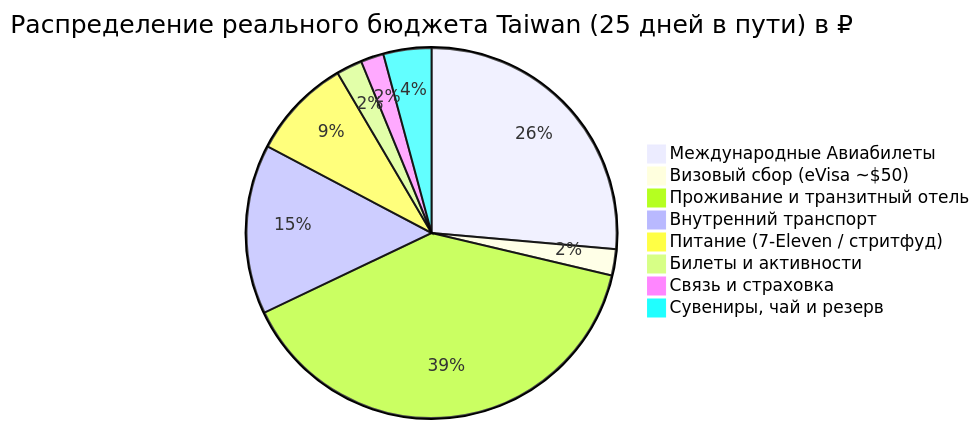
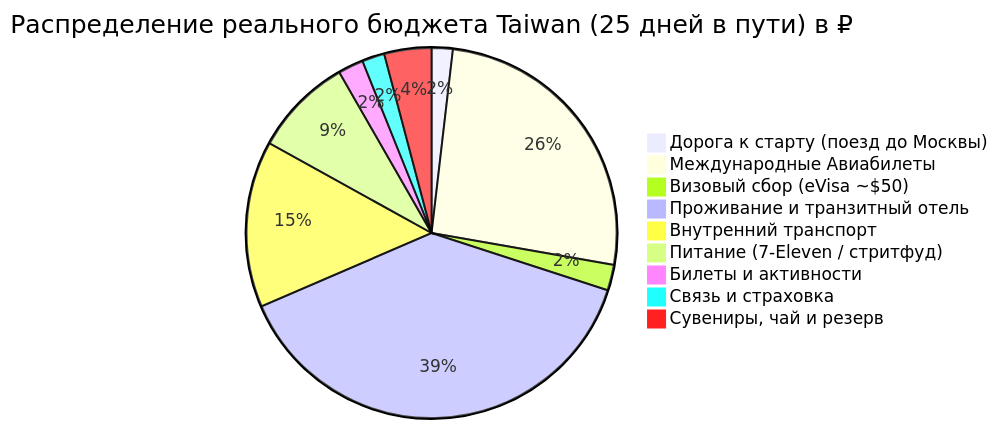
The diagram in Personal Note/Travel/-- Taiwan/04 - Финансы/Финансы.md (injurka/obsidian-mark), drawn with Mermaid before and after one commit. The commit also changed other lines of this file and 41 other files, not shown here.

````diff
--- a/Personal Note/Travel/-- Taiwan/04 - Финансы/Финансы.md
+++ b/Personal Note/Travel/-- Taiwan/04 - Финансы/Финансы.md
@@ -13,11 +14,12 @@
 ```mermaid
 pie title Распределение реального бюджета Taiwan (25 дней в пути) в ₽
+    "Дорога к старту (поезд до Москвы)" : 3942
     "Международные Авиабилеты" : 55412
     "Визовый сбор (eVisa ~$50)" : 4800
     "Проживание и транзитный отель" : 82357
     "Внутренний транспорт" : 31075
     "Питание (7-Eleven / стритфуд)" : 18500
     "Билеты и активности" : 4740
     "Связь и страховка" : 4200
     "Сувениры, чай и резерв" : 8800
 ```
````
